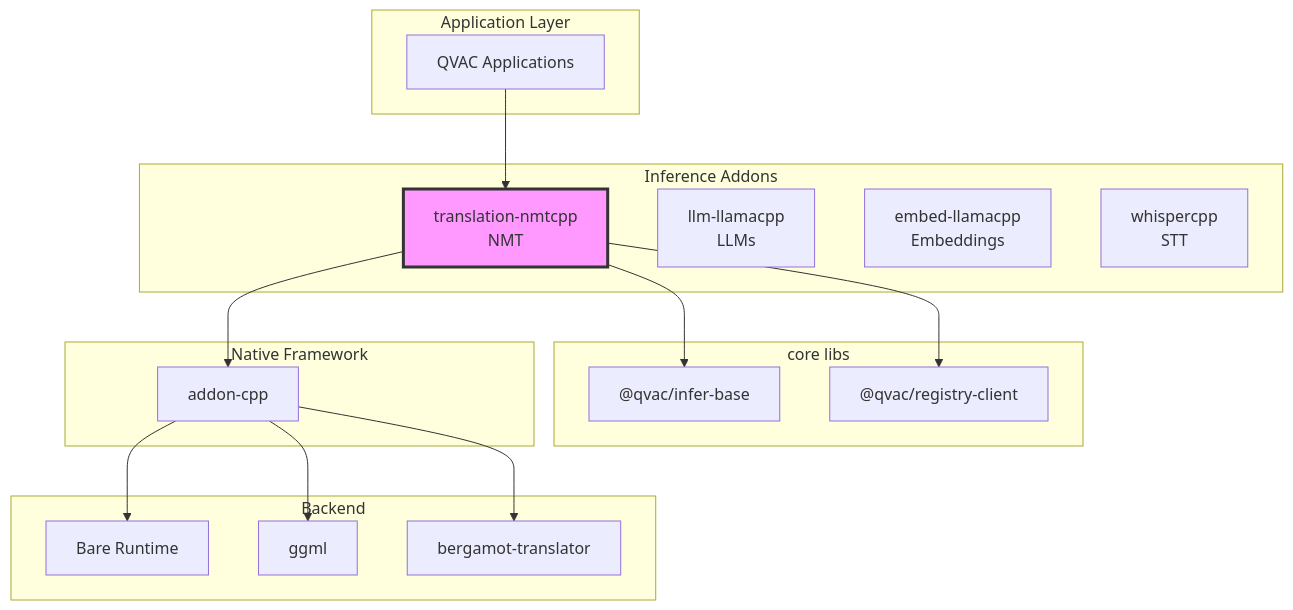
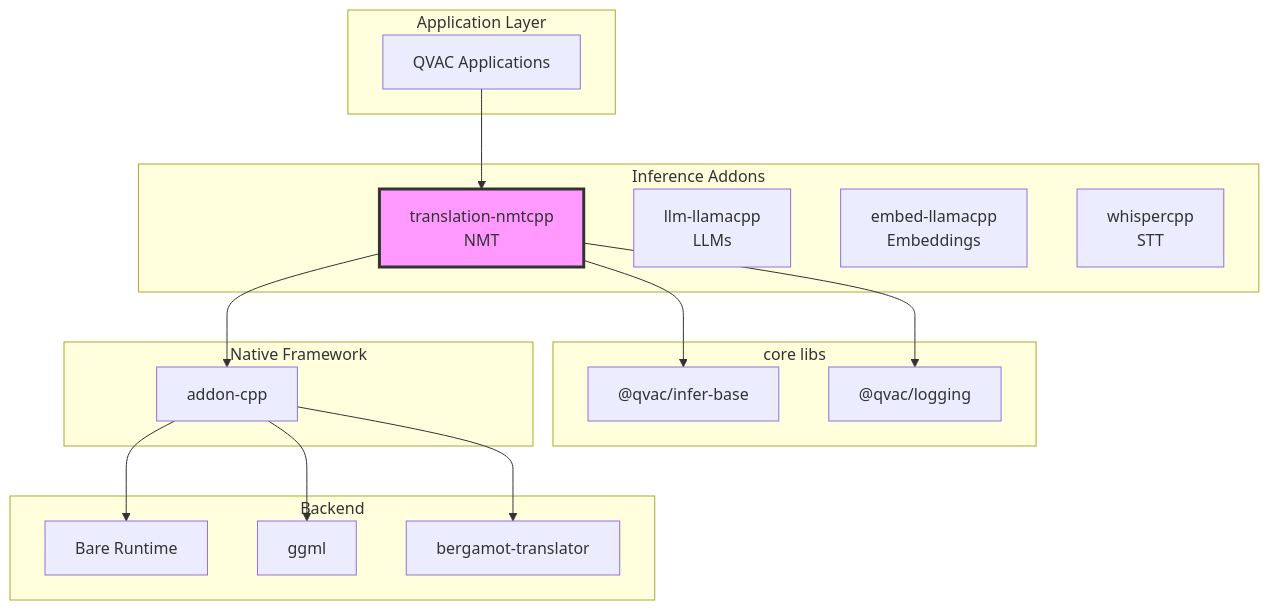
The first of 4 diagrams in packages/translation-nmtcpp/docs/architecture.md (tetherto/qvac), drawn with Mermaid before and after one commit. The commit also changed other lines of this file and 7 other files, not shown here.

First line of the commit message:
doc: refresh inference addon architecture docs

````diff
--- a/packages/translation-nmtcpp/docs/architecture.md
+++ b/packages/translation-nmtcpp/docs/architecture.md
@@ -86,38 +87,38 @@
 ```mermaid
 graph TB
     subgraph "Application Layer"
         APP[QVAC Applications]
     end
 
     subgraph "Inference Addons"
         NMT["translation-nmtcpp<br/>NMT"]
         LLM["llm-llamacpp<br/>LLMs"]
         EMBED["embed-llamacpp<br/>Embeddings"]
         WHISPER["whispercpp<br/>STT"]
     end
 
     subgraph "core libs"
         BASE["@qvac/infer-base"]
-        DL["@qvac/registry-client"]
+        LOG["@qvac/logging"]
     end
 
     subgraph "Native Framework"
         ADDON["addon-cpp"]
     end
 
     subgraph "Backend"
         BARE["Bare Runtime"]
         GGML_LIB["ggml"]
         BERGAMOT_LIB["bergamot-translator"]
     end
 
     APP --> NMT
     NMT --> BASE
-    NMT --> DL
+    NMT --> LOG
     NMT --> ADDON
     ADDON --> BARE
     ADDON --> GGML_LIB
     ADDON --> BERGAMOT_LIB
 
     style NMT fill:#f9f,stroke:#333,stroke-width:3px
 ```
````
